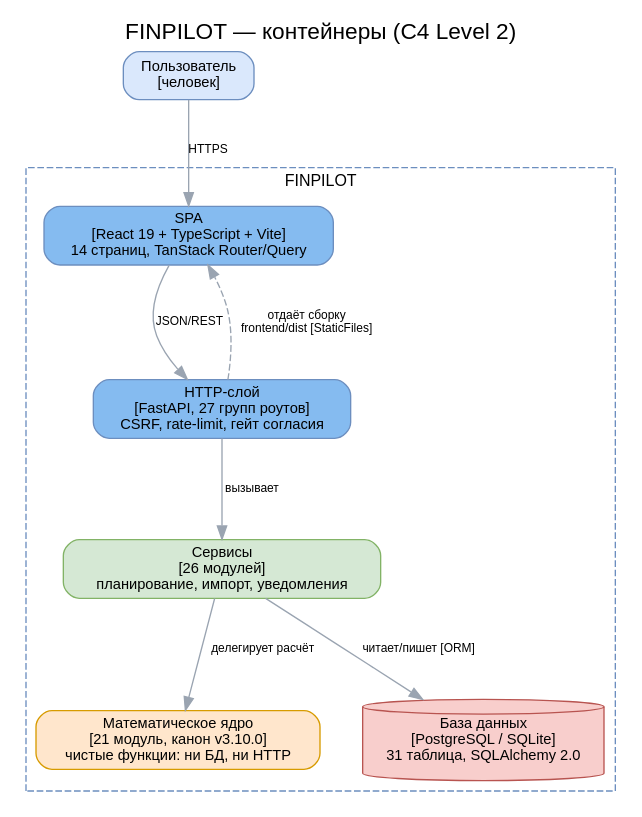
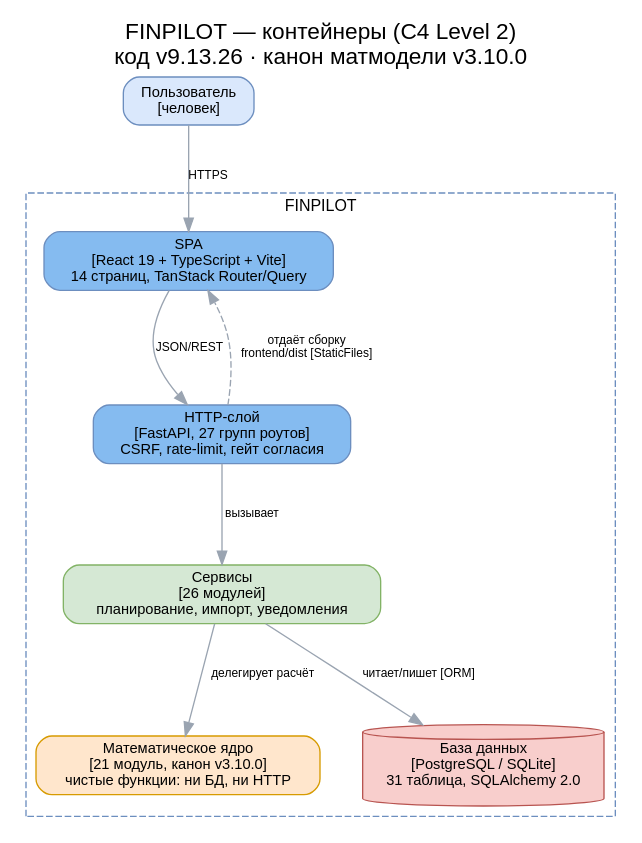
The diagram in docs/diagrams/src/05_c4_container.dot (vevdokimovm/personal-finance-dss), drawn with Graphviz before and after one commit. The commit also changed 24 other files, not shown here.

Commit message:
personal-finance-dss v9.13.26 — пройдены все 20 диаграмм; каждая называет версию кода и канона

```diff
--- a/docs/diagrams/src/05_c4_container.dot
+++ b/docs/diagrams/src/05_c4_container.dot
@@ -1,29 +1,30 @@
 digraph container {
   graph [rankdir=TB, fontname="Helvetica", labelloc=t, fontsize=17,
-         label="FINPILOT — контейнеры (C4 Level 2)", nodesep=0.45, ranksep=0.9];
+         label="FINPILOT — контейнеры (C4 Level 2)\nкод v9.13.26 · канон матмодели v3.10.0",
+         nodesep=0.45, ranksep=0.9];
   node [fontname="Helvetica", fontsize=11, style="rounded,filled", shape=box];
   edge [color="#9aa4b1", fontname="Helvetica", fontsize=9];
 
   user [label="Пользователь\n[человек]", fillcolor="#dae8fc", color="#6c8ebf"];
 
   subgraph cluster_app {
     label="FINPILOT"; fontname="Helvetica"; fontsize=12; color="#6c8ebf"; style=dashed;
     spa [label="SPA\n[React 19 + TypeScript + Vite]\n14 страниц, TanStack Router/Query",
          fillcolor="#85BBF0", color="#6c8ebf", width=2.6];
     api [label="HTTP-слой\n[FastAPI, 27 групп роутов]\nCSRF, rate-limit, гейт согласия",
          fillcolor="#85BBF0", color="#6c8ebf", width=2.6];
     svc [label="Сервисы\n[26 модулей]\nпланирование, импорт, уведомления",
          fillcolor="#d5e8d4", color="#82b366", width=2.6];
     core [label="Математическое ядро\n[21 модуль, канон v3.10.0]\nчистые функции: ни БД, ни HTTP",
           fillcolor="#ffe6cc", color="#d79b00", width=2.6];
     db [label="База данных\n[PostgreSQL / SQLite]\n31 таблица, SQLAlchemy 2.0",
         shape=cylinder, fillcolor="#f8cecc", color="#b85450", width=2.2];
   }
 
   user -> spa [label="HTTPS"];
   spa -> api [label="JSON/REST"];
   api -> svc [label="вызывает"];
   svc -> core [label="делегирует расчёт"];
   svc -> db [label="читает/пишет [ORM]"];
   api -> spa [label="отдаёт сборку\nfrontend/dist [StaticFiles]", style=dashed];
 }
```
